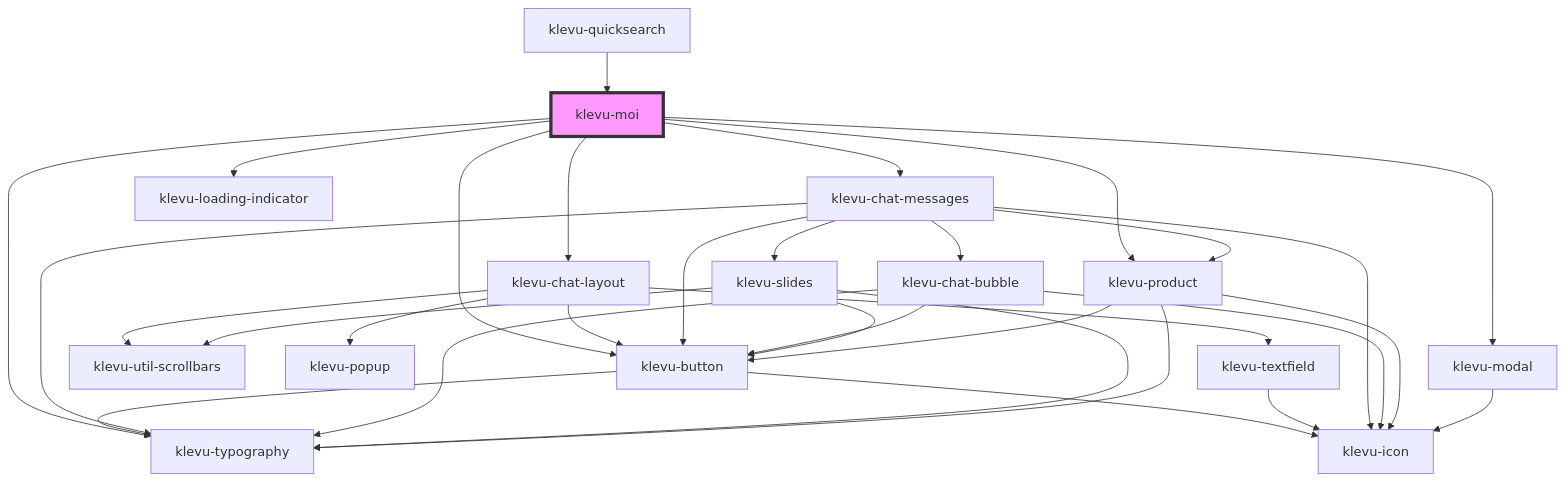
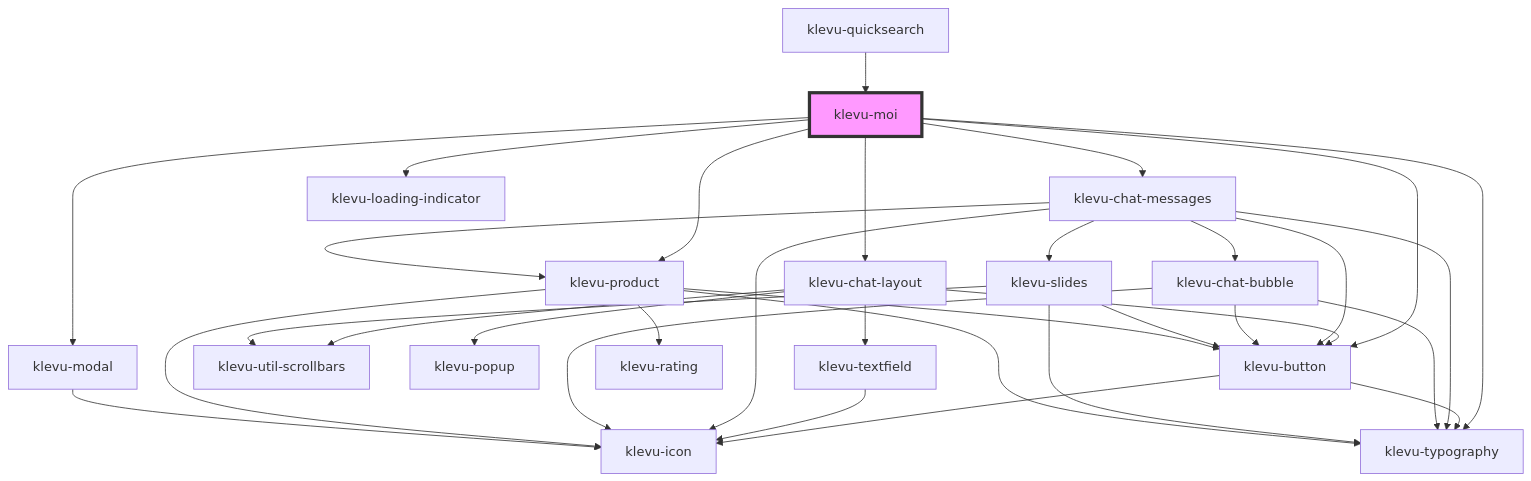
One commit to klevultd/frontend-sdk changed the diagram in packages/klevu-ui/src/components/klevu-moi/readme.md. Above: the diagram before and after it, drawn with Mermaid. The commit also changed 27 other files, not shown here.

First line of the commit message:
UI & CORE: Include Rating component in product card (#394)

````diff
--- a/packages/klevu-ui/src/components/klevu-moi/readme.md
+++ b/packages/klevu-ui/src/components/klevu-moi/readme.md
@@ -68,35 +68,36 @@
 ```mermaid
 graph TD;
   klevu-moi --> klevu-chat-layout
   klevu-moi --> klevu-typography
   klevu-moi --> klevu-button
   klevu-moi --> klevu-chat-messages
   klevu-moi --> klevu-loading-indicator
   klevu-moi --> klevu-modal
   klevu-moi --> klevu-product
   klevu-chat-layout --> klevu-util-scrollbars
   klevu-chat-layout --> klevu-popup
   klevu-chat-layout --> klevu-button
   klevu-chat-layout --> klevu-textfield
   klevu-button --> klevu-icon
   klevu-button --> klevu-typography
   klevu-textfield --> klevu-icon
   klevu-chat-messages --> klevu-chat-bubble
   klevu-chat-messages --> klevu-icon
   klevu-chat-messages --> klevu-typography
   klevu-chat-messages --> klevu-button
   klevu-chat-messages --> klevu-slides
   klevu-chat-messages --> klevu-product
   klevu-chat-bubble --> klevu-typography
   klevu-chat-bubble --> klevu-icon
   klevu-chat-bubble --> klevu-button
   klevu-slides --> klevu-typography
   klevu-slides --> klevu-button
   klevu-slides --> klevu-util-scrollbars
   klevu-product --> klevu-icon
   klevu-product --> klevu-typography
   klevu-product --> klevu-button
+  klevu-product --> klevu-rating
   klevu-modal --> klevu-icon
   klevu-quicksearch --> klevu-moi
   style klevu-moi fill:#f9f,stroke:#333,stroke-width:4px
 ```
````
